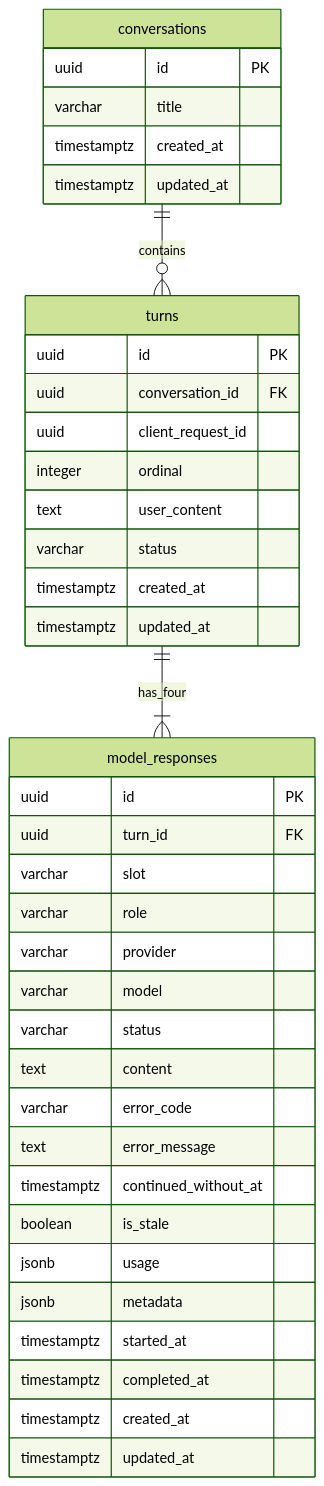
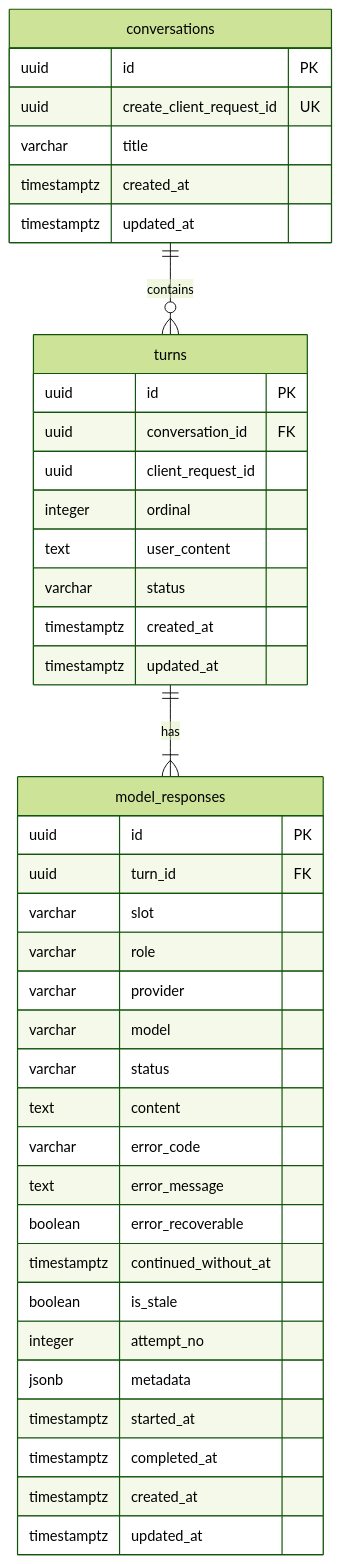
Before and after one commit to junforever/modelfuse: the diagram in specs/001-compare-llm-responses/data-model.md, drawn with Mermaid (forest theme). The commit also changed other lines of this file and 7 other files, not shown here.

````diff
--- a/specs/001-compare-llm-responses/data-model.md
+++ b/specs/001-compare-llm-responses/data-model.md
@@ -9,41 +9,43 @@
 ```mermaid
 erDiagram
     conversations ||--o{ turns : contains
-    turns ||--|{ model_responses : has_four
+    turns ||--|{ model_responses : has
     conversations {
         uuid id PK
+        uuid create_client_request_id UK
         varchar title
         timestamptz created_at
         timestamptz updated_at
     }
     turns {
         uuid id PK
         uuid conversation_id FK
         uuid client_request_id
         integer ordinal
         text user_content
         varchar status
         timestamptz created_at
         timestamptz updated_at
     }
     model_responses {
         uuid id PK
         uuid turn_id FK
         varchar slot
         varchar role
         varchar provider
         varchar model
         varchar status
         text content
         varchar error_code
         text error_message
+        boolean error_recoverable
         timestamptz continued_without_at
         boolean is_stale
-        jsonb usage
+        integer attempt_no
         jsonb metadata
         timestamptz started_at
         timestamptz completed_at
         timestamptz created_at
         timestamptz updated_at
     }
 ```
````
